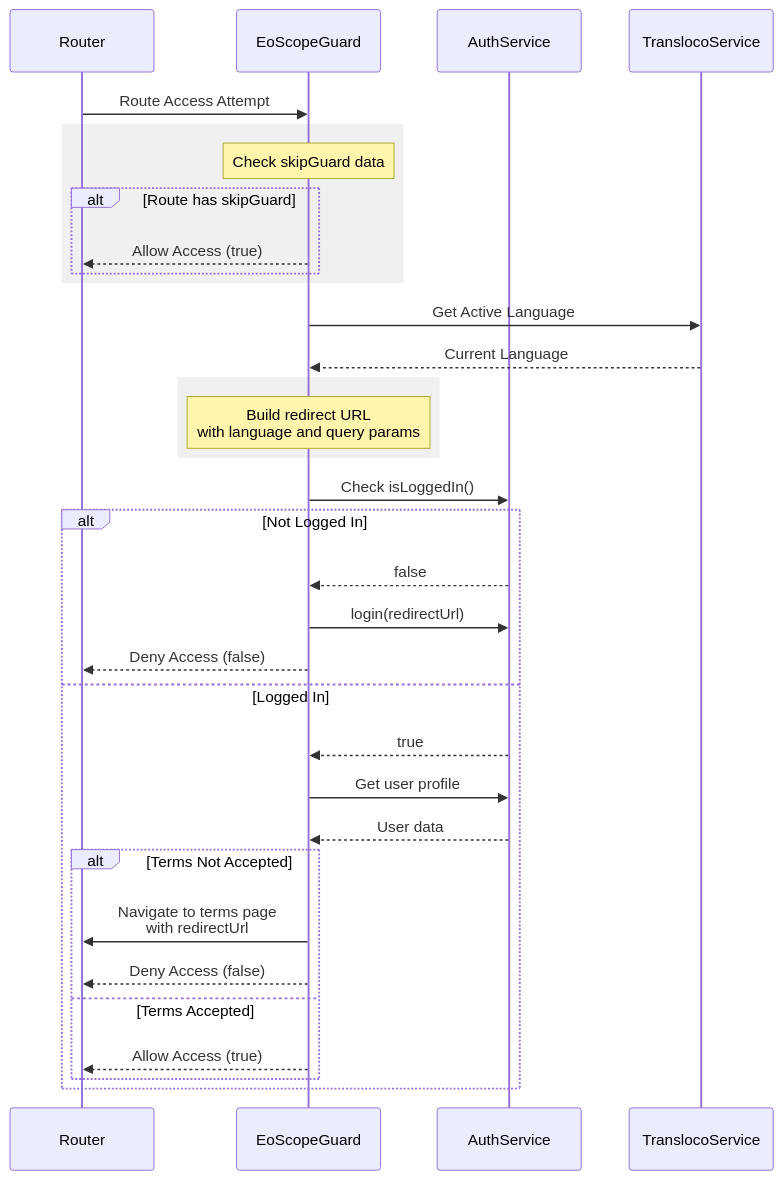
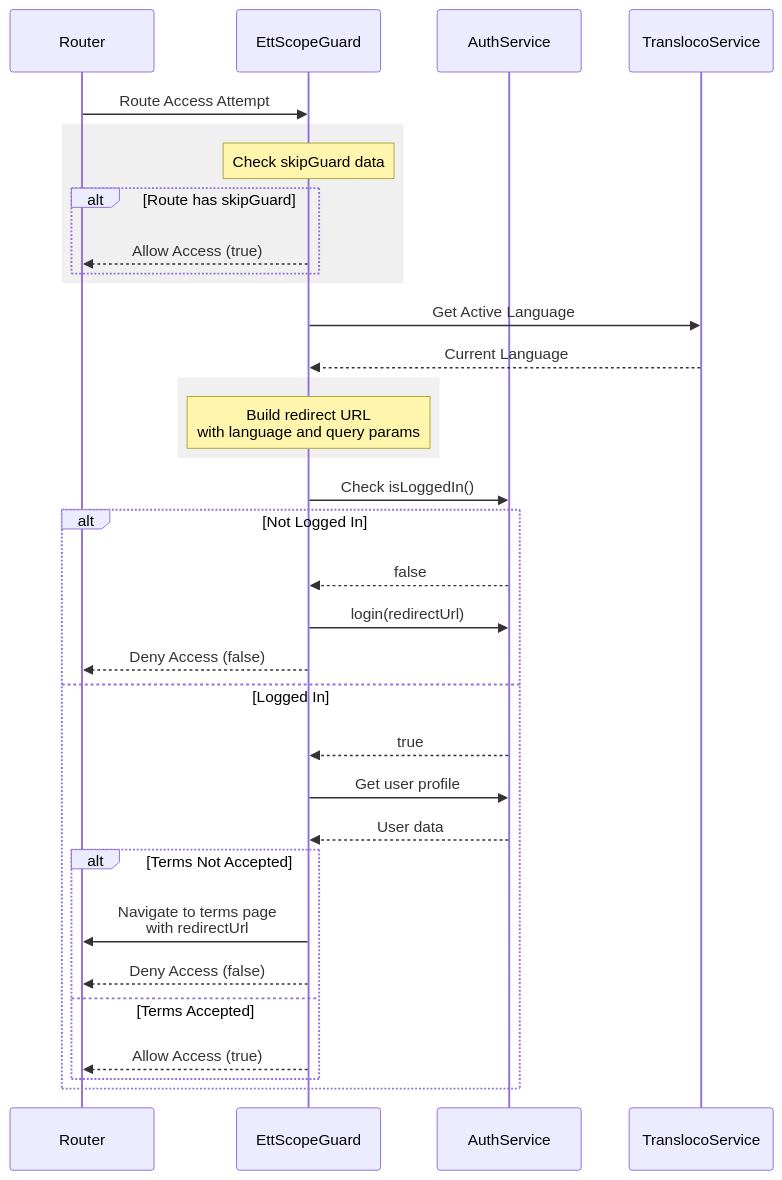
Before and after one commit to Energinet-DataHub/greenforce-frontend: the fourth of 7 diagrams in docs/eo/auth.md, drawn with Mermaid. The commit also changed other lines of this file and 1079 other files, not shown here.

````diff
--- a/docs/eo/auth.md
+++ b/docs/eo/auth.md
@@ -162,43 +162,43 @@
 ```mermaid
 sequenceDiagram
     participant R as Router
-    participant G as EoScopeGuard
+    participant G as EttScopeGuard
     participant AS as AuthService
     participant T as TranslocoService
 
     R->>G: Route Access Attempt
 
     rect rgb(240, 240, 240)
         Note over G: Check skipGuard data
         alt Route has skipGuard
             G-->>R: Allow Access (true)
         end
     end
 
     G->>T: Get Active Language
     T-->>G: Current Language
 
     rect rgb(240, 240, 240)
         Note over G: Build redirect URL<br/>with language and query params
     end
 
     G->>AS: Check isLoggedIn()
 
     alt Not Logged In
         AS-->>G: false
         G->>AS: login(redirectUrl)
         G-->>R: Deny Access (false)
     else Logged In
         AS-->>G: true
 
         G->>AS: Get user profile
         AS-->>G: User data
 
         alt Terms Not Accepted
             G->>R: Navigate to terms page<br/>with redirectUrl
             G-->>R: Deny Access (false)
         else Terms Accepted
             G-->>R: Allow Access (true)
         end
     end
 ```
````
